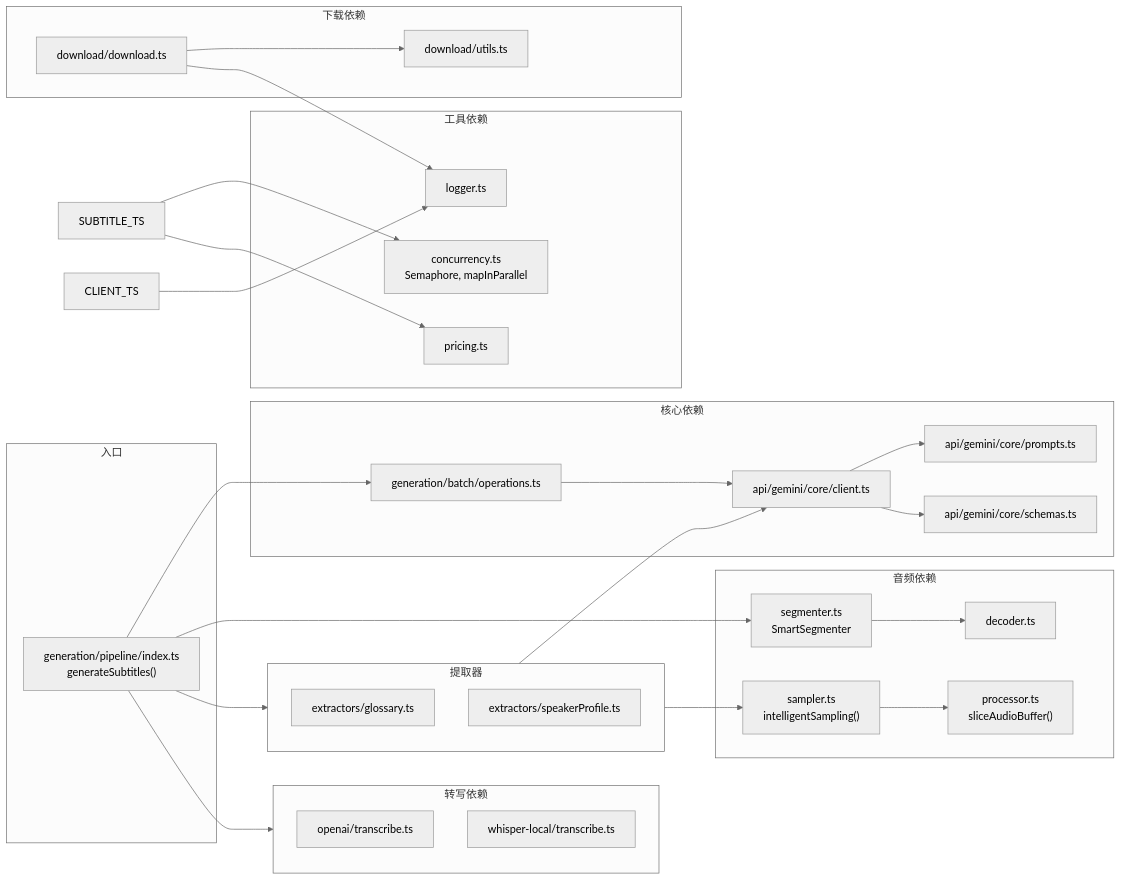
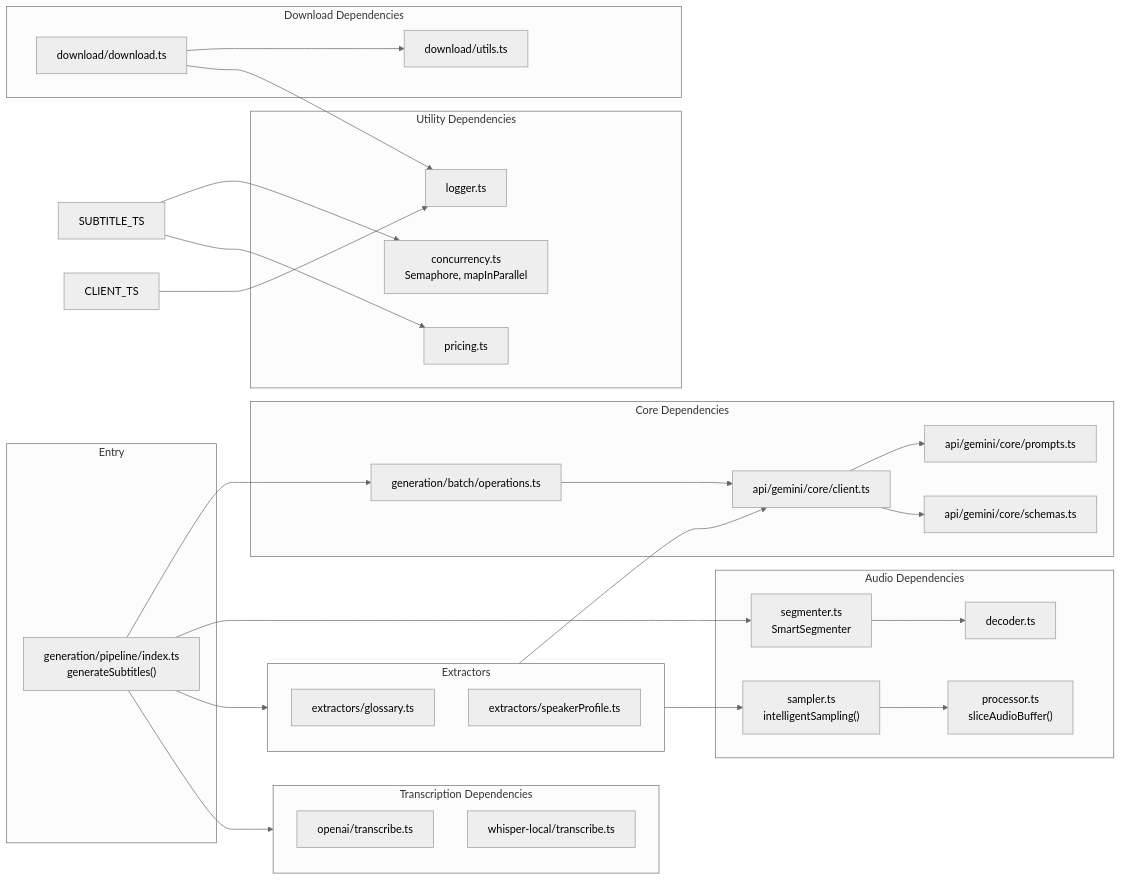
Before and after one commit to corvo007/MioSub: the third of 14 diagrams in docs/ARCHITECTURE.md, drawn with Mermaid (neutral theme). The commit also changed other lines of this file and 3 other files, not shown here.

First line of the commit message:
docs: add bilingual README and ARCHITECTURE documentation

````diff
--- a/docs/ARCHITECTURE.md
+++ b/docs/ARCHITECTURE.md
@@ -263,62 +265,62 @@
 ```mermaid
 flowchart LR
-    subgraph ENTRY["入口"]
+    subgraph ENTRY["Entry"]
         PIPELINE_IDX["generation/pipeline/index.ts<br/>generateSubtitles()"]
     end
 
-    subgraph EXTRACTORS_DEPS["提取器"]
+    subgraph EXTRACTORS_DEPS["Extractors"]
         GLOSSARY_EXT["extractors/glossary.ts"]
         SPEAKER_EXT["extractors/speakerProfile.ts"]
     end
 
-    subgraph CORE_DEPS["核心依赖"]
+    subgraph CORE_DEPS["Core Dependencies"]
         BATCH_OPS["generation/batch/operations.ts"]
         GEMINI_CLIENT["api/gemini/core/client.ts"]
         PROMPTS_TS["api/gemini/core/prompts.ts"]
         SCHEMAS_TS["api/gemini/core/schemas.ts"]
     end
 
-    subgraph AUDIO_DEPS["音频依赖"]
+    subgraph AUDIO_DEPS["Audio Dependencies"]
         SEGMENTER_TS["segmenter.ts<br/>SmartSegmenter"]
         SAMPLER_TS["sampler.ts<br/>intelligentSampling()"]
         DECODER_TS["decoder.ts"]
         PROCESSOR_TS["processor.ts<br/>sliceAudioBuffer()"]
     end
 
-    subgraph TRANSCRIBE_DEPS["转写依赖"]
+    subgraph TRANSCRIBE_DEPS["Transcription Dependencies"]
         OPENAI_TRANSCRIBE["openai/transcribe.ts"]
         LOCAL_TRANSCRIBE["whisper-local/transcribe.ts"]
     end
 
-    subgraph UTIL_DEPS["工具依赖"]
+    subgraph UTIL_DEPS["Utility Dependencies"]
         CONCURRENCY_TS["concurrency.ts<br/>Semaphore, mapInParallel"]
         LOGGER_TS["logger.ts"]
         PRICING_TS["pricing.ts"]
     end
 
-    subgraph DOWNLOAD_DEPS["下载依赖"]
+    subgraph DOWNLOAD_DEPS["Download Dependencies"]
         DOWNLOAD_TS["download/download.ts"]
         DOWNLOAD_UTILS["download/utils.ts"]
     end
 
     DOWNLOAD_TS --> DOWNLOAD_UTILS
     DOWNLOAD_TS --> LOGGER_TS
 
     PIPELINE_IDX --> EXTRACTORS_DEPS
     PIPELINE_IDX --> BATCH_OPS
     PIPELINE_IDX --> SEGMENTER_TS
     PIPELINE_IDX --> TRANSCRIBE_DEPS
 
     EXTRACTORS_DEPS --> GEMINI_CLIENT
     EXTRACTORS_DEPS --> SAMPLER_TS
     BATCH_OPS --> GEMINI_CLIENT
     GEMINI_CLIENT --> PROMPTS_TS
     GEMINI_CLIENT --> SCHEMAS_TS
 
     SEGMENTER_TS --> DECODER_TS
     SAMPLER_TS --> PROCESSOR_TS
 
     SUBTITLE_TS --> CONCURRENCY_TS
     CLIENT_TS --> LOGGER_TS
     SUBTITLE_TS --> PRICING_TS
 ```
````
